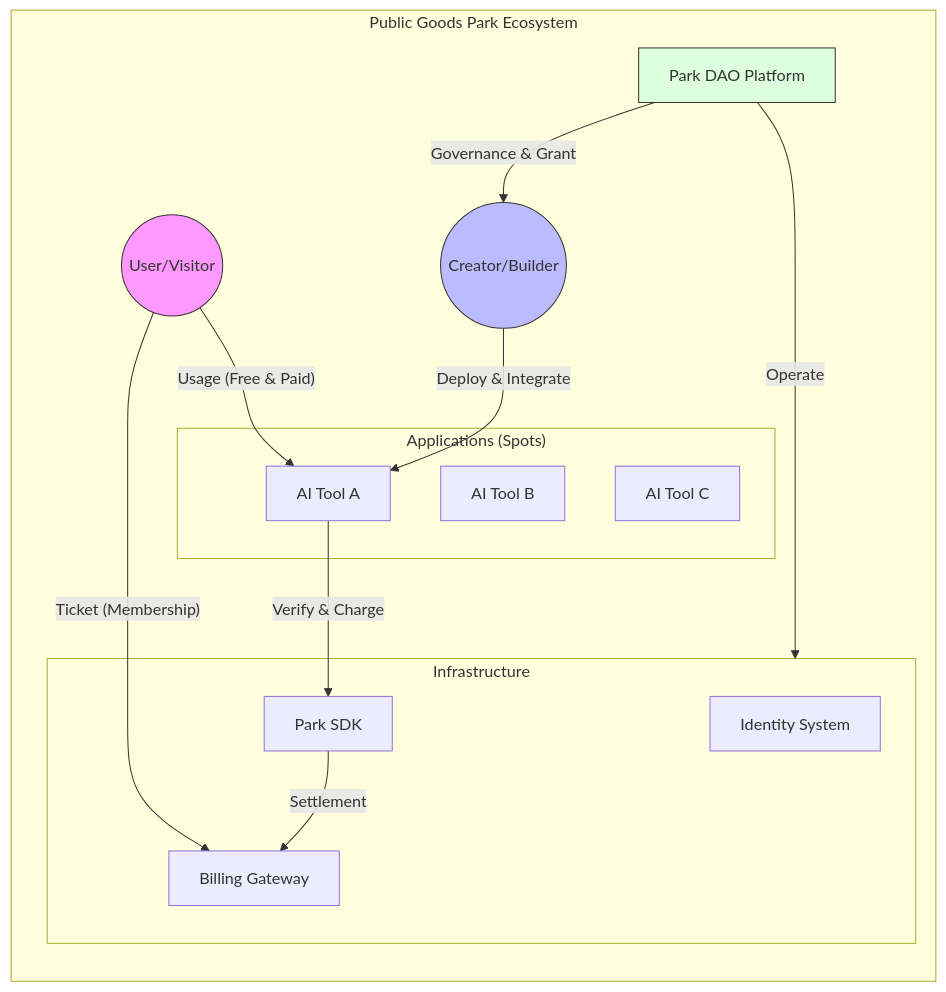
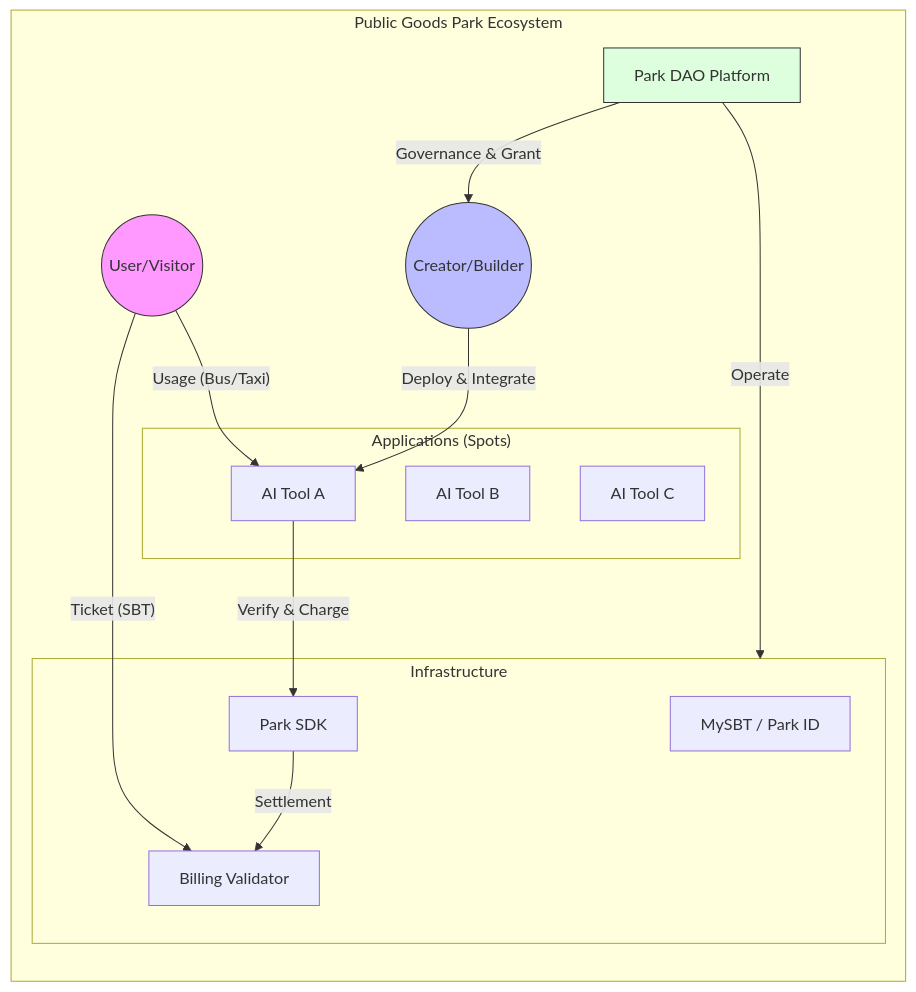
One commit to MushroomDAO/PublicGoodsPark changed the diagram in docs/01_Vision_Overview.md. Above: the diagram before and after it, drawn with Mermaid. The commit also changed other lines of this file and 3 other files, not shown here.

````diff
--- a/docs/01_Vision_Overview.md
+++ b/docs/01_Vision_Overview.md
@@ -19,37 +32,37 @@
 ```mermaid
 graph TD
     subgraph "Public Goods Park Ecosystem"
         direction TB
         
         User((User/Visitor))
         Builder((Creator/Builder))
         DAO[Park DAO Platform]
         
         subgraph "Infrastructure"
-            Auth[Identity System]
-            Gate[Billing Gateway]
+            Auth[MySBT / Park ID]
+            Gate[Billing Validator]
             SDK[Park SDK]
         end
         
         subgraph "Applications (Spots)"
             App1[AI Tool A]
             App2[AI Tool B]
             App3[AI Tool C]
         end
         
         %% Relationships
-        User --"Ticket (Membership)"--> Gate
-        User --"Usage (Free & Paid)"--> App1
+        User --"Ticket (SBT)"--> Gate
+        User --"Usage (Bus/Taxi)"--> App1
         
         Builder --"Deploy & Integrate"--> App1
         App1 --"Verify & Charge"--> SDK
         SDK --"Settlement"--> Gate
         
         DAO --"Governance & Grant"--> Builder
         DAO --"Operate"--> Infrastructure
     end
     
     style User fill:#f9f,stroke:#333
     style Builder fill:#bbf,stroke:#333
     style DAO fill:#dfd,stroke:#333
 ```
````
